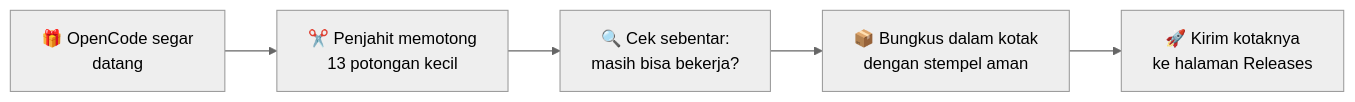
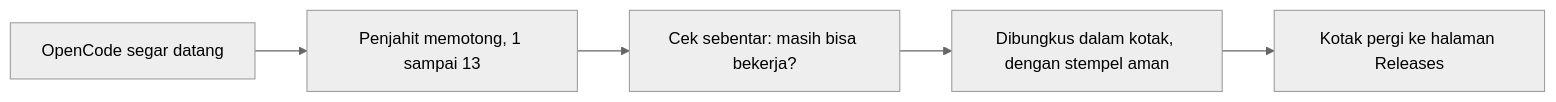
The diagram in README.id.md (azrialwork/opencode-patch), drawn with Mermaid (neutral theme) before and after one commit. The commit also changed other lines of this file and 3 other files, not shown here.

````diff
--- a/README.id.md
+++ b/README.id.md
@@ -71,7 +60,7 @@
 ```mermaid
 flowchart LR
-    A[🎁 OpenCode segar<br/>datang] --> B[✂️ Penjahit memotong<br/>13 potongan kecil]
-    B --> C[🔍 Cek sebentar:<br/>masih bisa bekerja?]
-    C --> D[📦 Bungkus dalam kotak<br/>dengan stempel aman]
-    D --> E[🚀 Kirim kotaknya<br/>ke halaman Releases]
+    A[OpenCode segar datang] --> B[Penjahit memotong, 1 sampai 13]
+    B --> C[Cek sebentar: masih bisa bekerja?]
+    C --> D[Dibungkus dalam kotak, dengan stempel aman]
+    D --> E[Kotak pergi ke halaman Releases]
 ```
````
